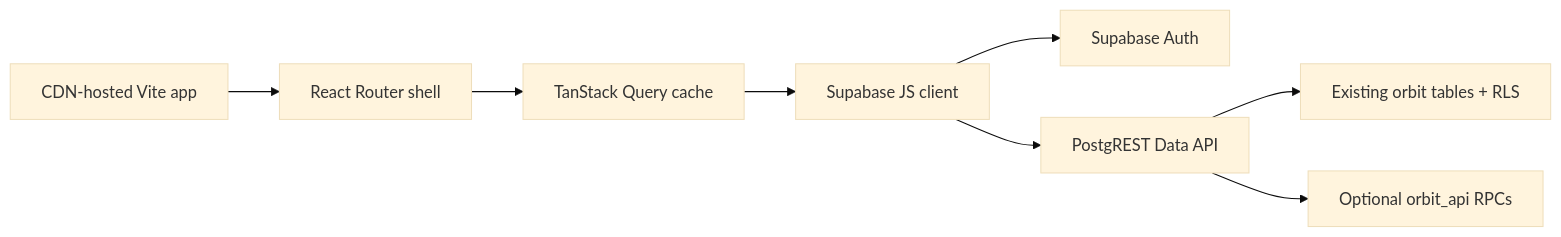
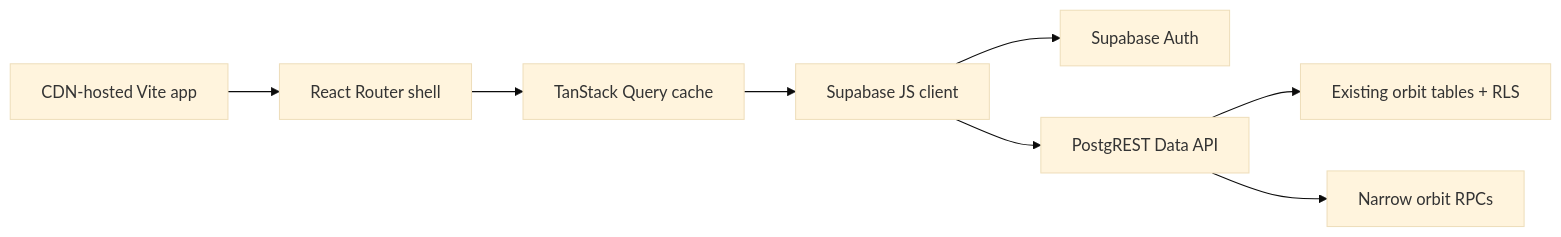
Before and after one commit to bullah12/Orbit: the second of 2 diagrams in docs/rebuild-audit.md, drawn with Mermaid (base theme). The commit also changed other lines of this file and 15 other files, not shown here.

Commit message:
Bug fix: Keep browser RPCs in exposed orbit schema

````diff
--- a/docs/rebuild-audit.md
+++ b/docs/rebuild-audit.md
@@ -262,10 +262,10 @@
 ```mermaid
 flowchart LR
   A["CDN-hosted Vite app"] --> B["React Router shell"]
   B --> C["TanStack Query cache"]
   C --> D["Supabase JS client"]
   D --> E["Supabase Auth"]
   D --> F["PostgREST Data API"]
   F --> G["Existing orbit tables + RLS"]
-  F --> H["Optional orbit_api RPCs"]
+  F --> H["Narrow orbit RPCs"]
 ```
````
